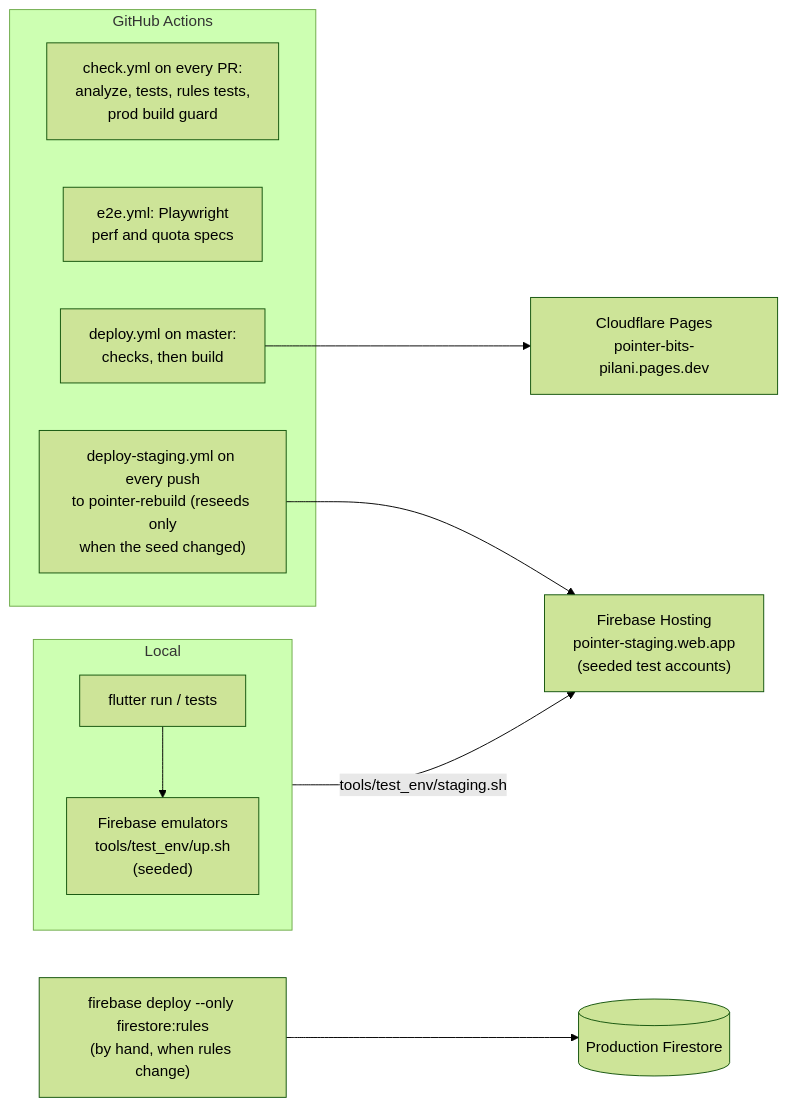
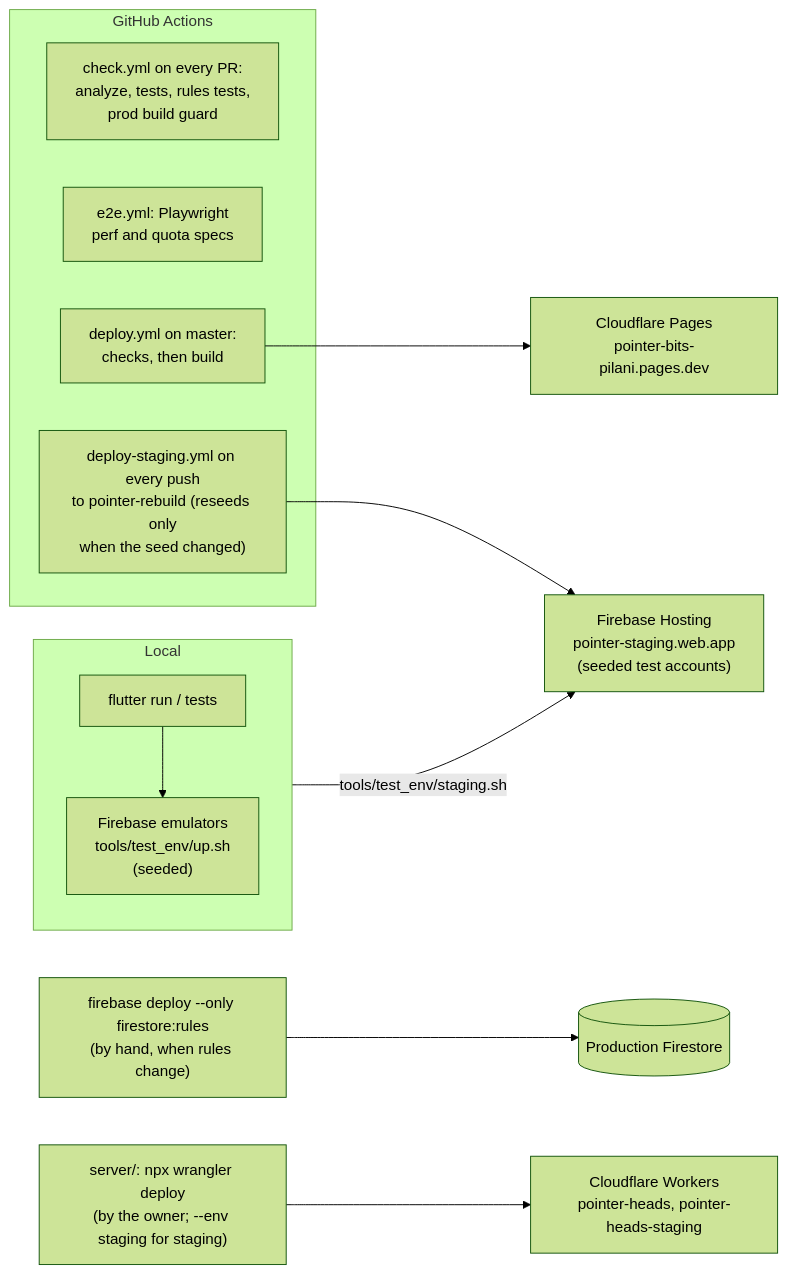
The tenth of 12 diagrams in docs/ARCHITECTURE.md (e-iotapi/CGPA_Calculator), drawn with Mermaid (forest theme) before and after one commit. The commit also changed other lines of this file and 2 other files, not shown here.

First line of the commit message:
Docs: diagrams and loading design after the final review (worker, live sync, no spinners, cost limits, marker rules)

````diff
--- a/docs/ARCHITECTURE.md
+++ b/docs/ARCHITECTURE.md
@@ -407,18 +418,19 @@
 ```mermaid
 flowchart LR
   subgraph Local
     Dev["flutter run / tests"]
     Emu["Firebase emulators<br/>tools/test_env/up.sh<br/>(seeded)"]
     Dev --> Emu
   end
   subgraph CI["GitHub Actions"]
     Check["check.yml on every PR:<br/>analyze, tests, rules tests,<br/>prod build guard"]
     E2E["e2e.yml: Playwright<br/>perf and quota specs"]
     Deploy["deploy.yml on master:<br/>checks, then build"]
     DStaging["deploy-staging.yml on every push<br/>to pointer-rebuild (reseeds only<br/>when the seed changed)"]
   end
   Deploy --> Prod["Cloudflare Pages<br/>pointer-bits-pilani.pages.dev"]
   Rules["firebase deploy --only firestore:rules<br/>(by hand, when rules change)"] --> ProdFS[("Production Firestore")]
+  Wrangler["server/: npx wrangler deploy<br/>(by the owner; --env staging for staging)"] --> Workers["Cloudflare Workers<br/>pointer-heads, pointer-heads-staging"]
   DStaging --> Staging["Firebase Hosting<br/>pointer-staging.web.app<br/>(seeded test accounts)"]
   Local -- "tools/test_env/staging.sh" --> Staging
 ```
````
